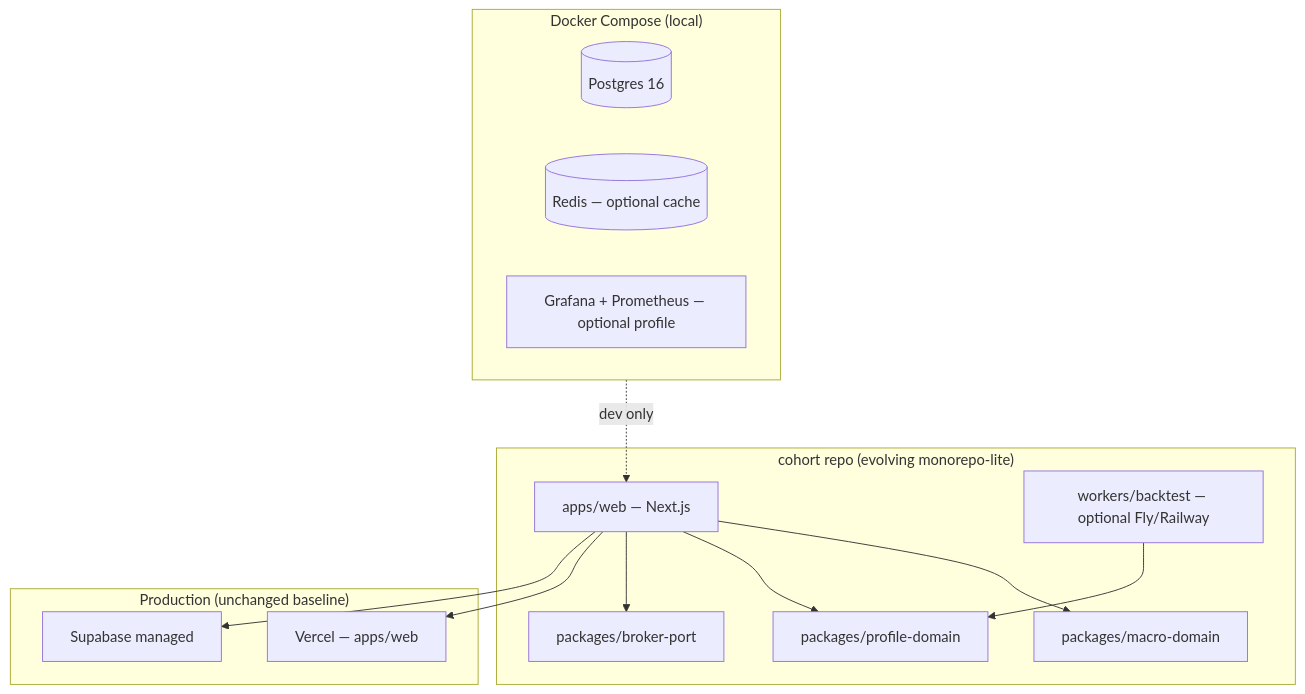
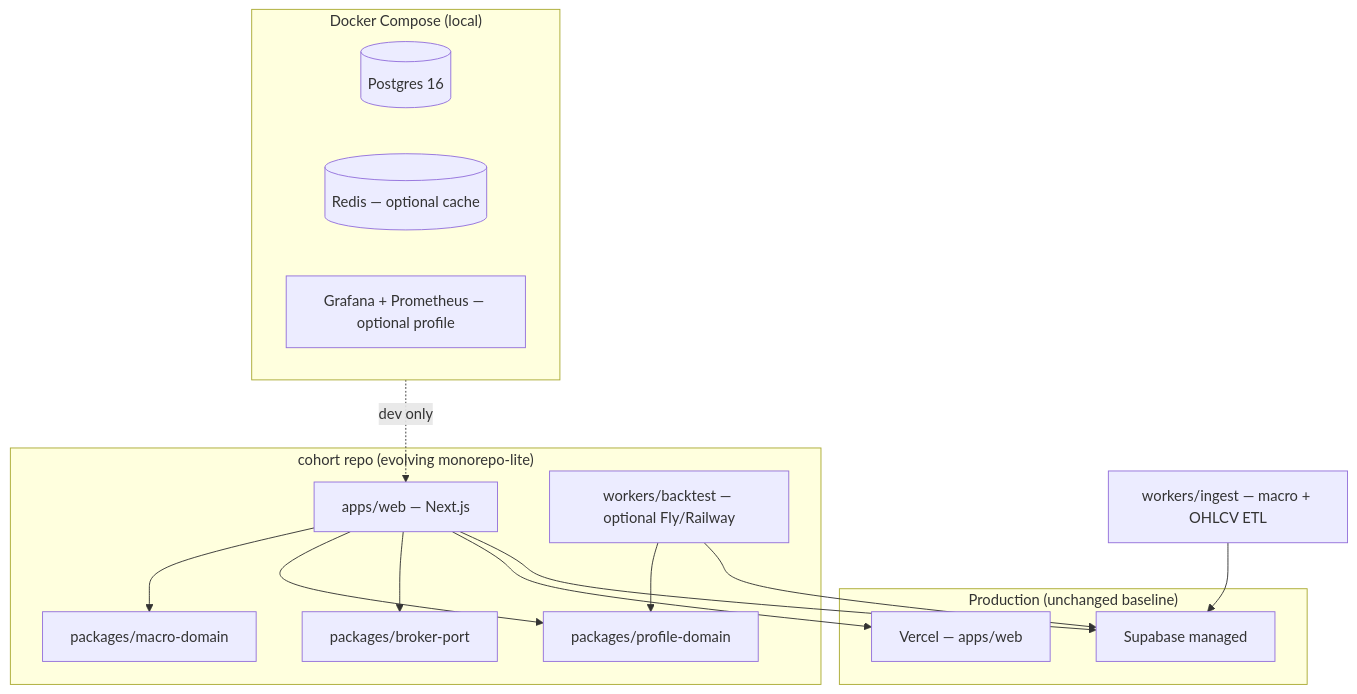
Before and after one commit to rayleighko/cohort: the diagram in docs/versions/v2-engineering/ARCHITECTURE.md, drawn with Mermaid. The commit also changed other lines of this file and 11 other files, not shown here.

````diff
--- a/docs/versions/v2-engineering/ARCHITECTURE.md
+++ b/docs/versions/v2-engineering/ARCHITECTURE.md
@@ -24,29 +25,31 @@
 ```mermaid
 flowchart TB
   subgraph repo["cohort repo (evolving monorepo-lite)"]
     APP["apps/web — Next.js"]
     PKG_MACRO["packages/macro-domain"]
     PKG_PROFILE["packages/profile-domain"]
     PKG_BROKER["packages/broker-port"]
     WORKER["workers/backtest — optional Fly/Railway"]
   end
 
   subgraph local["Docker Compose (local)"]
     PG_LOCAL[(Postgres 16)]
     REDIS[(Redis — optional cache)]
     GRAF["Grafana + Prometheus — optional profile"]
   end
 
   subgraph prod["Production (unchanged baseline)"]
     VERCEL[Vercel — apps/web]
     SUPA[Supabase managed]
   end
 
   APP --> PKG_MACRO
   APP --> PKG_PROFILE
   APP --> PKG_BROKER
   WORKER --> PKG_PROFILE
+  WORKER --> SUPA
+  CRON_ETL["workers/ingest — macro + OHLCV ETL"] --> SUPA
   APP --> VERCEL
   APP --> SUPA
   local -.->|dev only| APP
 ```
````
